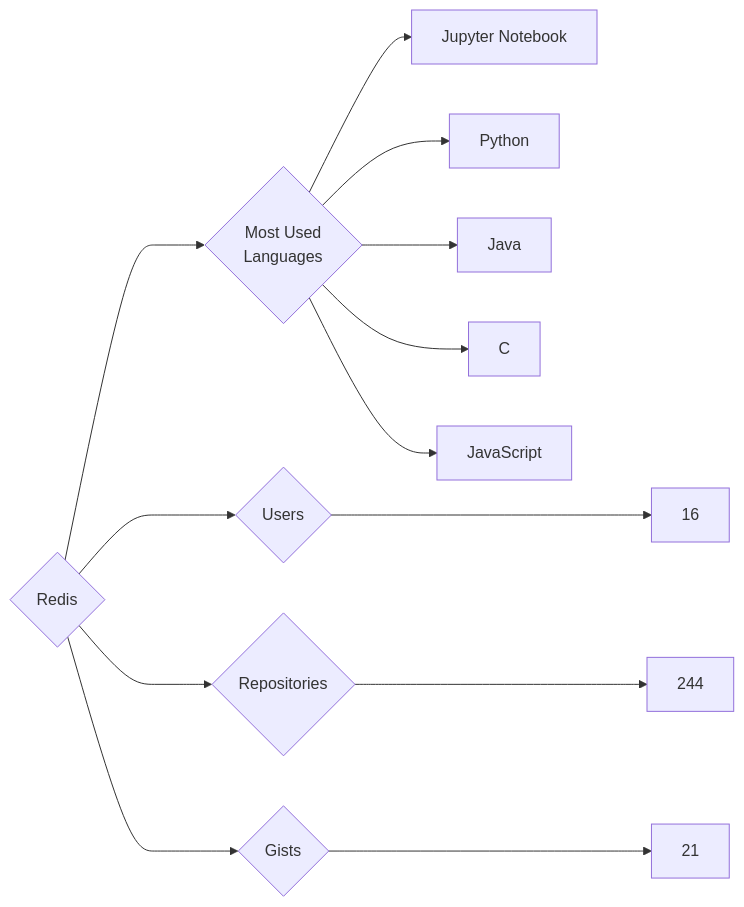
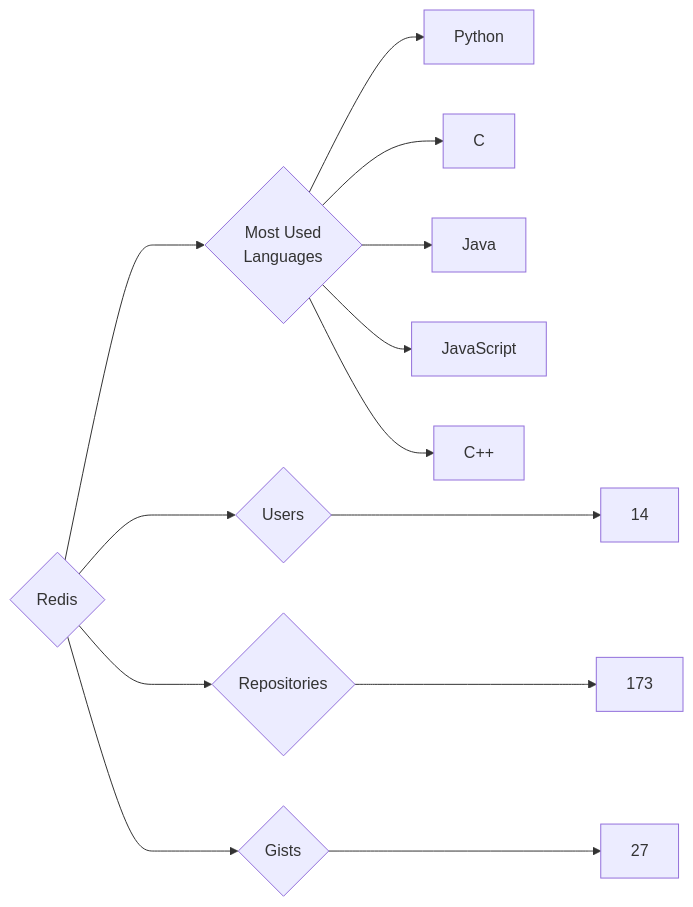
The diagram in targets/Redis/README.md (trickest/insiders), drawn with Mermaid before and after one commit. The commit also changed 995 other files, not shown here.

````diff
--- a/targets/Redis/README.md
+++ b/targets/Redis/README.md
@@ -3,13 +3,13 @@
 ```mermaid
 graph LR
 COMPANY_NAME{Redis}
-COMPANY_NAME ---> U{Users} ---> UN[16]
-COMPANY_NAME ---> R{Repositories} ---> RN[244]
-COMPANY_NAME ---> G{Gists} ---> GN[21]
+COMPANY_NAME ---> U{Users} ---> UN[14]
+COMPANY_NAME ---> R{Repositories} ---> RN[173]
+COMPANY_NAME ---> G{Gists} ---> GN[27]
 COMPANY_NAME ---> ML{Most Used<br>Languages}
-ML --> Jupyter_Notebook[Jupyter Notebook]
 ML --> Python[Python]
+ML --> C[C]
 ML --> Java[Java]
-ML --> C[C]
 ML --> JavaScript[JavaScript]
+ML --> C++[C++]
 ```
````
